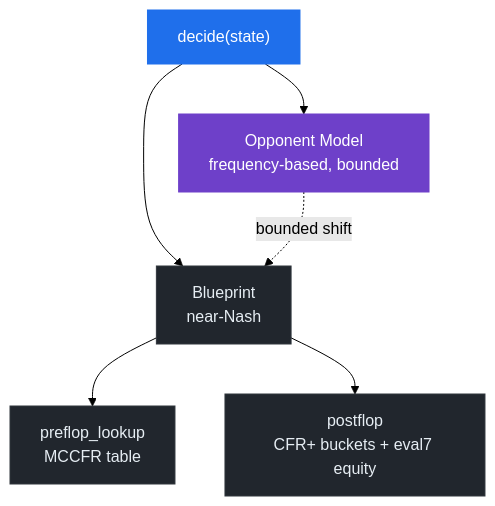
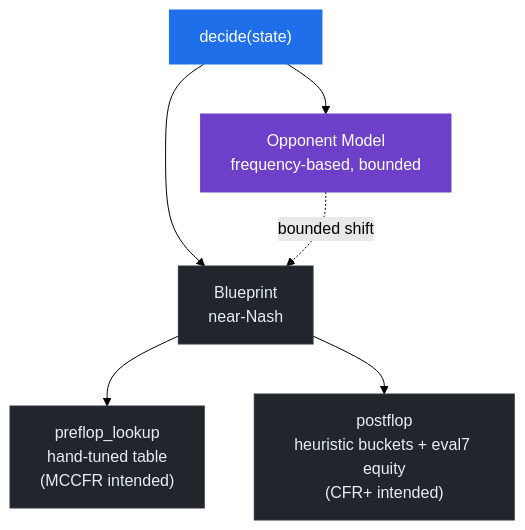
The first of 2 diagrams in README.md (ZealousEar/PokerBot), drawn with Mermaid (forest theme) before and after one commit. The commit also changed other lines of this file and 1 other file, not shown here.

````diff
--- a/README.md
+++ b/README.md
@@ -64,19 +64,19 @@
 ```mermaid
 flowchart TD
     D["decide(state)"]
     BP["Blueprint<br/>near-Nash"]
     OM["Opponent Model<br/>frequency-based, bounded"]
-    PF["preflop_lookup<br/>MCCFR table"]
-    POST["postflop<br/>CFR+ buckets + eval7 equity"]
+    PF["preflop_lookup<br/>hand-tuned table<br/>(MCCFR intended)"]
+    POST["postflop<br/>heuristic buckets + eval7 equity<br/>(CFR+ intended)"]
     D --> BP
     D --> OM
     OM -. "bounded shift" .-> BP
     BP --> PF
     BP --> POST
     classDef core fill:#1f6feb,color:#ffffff,stroke:#1f6feb;
     classDef leaf fill:#21262d,color:#e6edf3,stroke:#30363d;
     classDef overlay fill:#6e40c9,color:#ffffff,stroke:#6e40c9;
     class D core;
     class BP,PF,POST leaf;
     class OM overlay;
 ```
````
